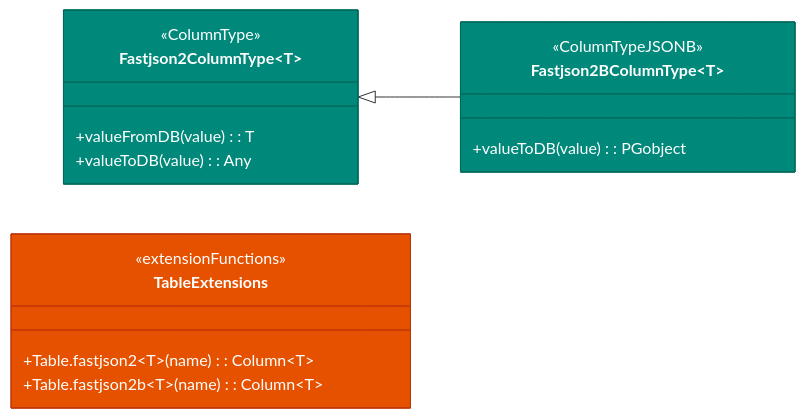
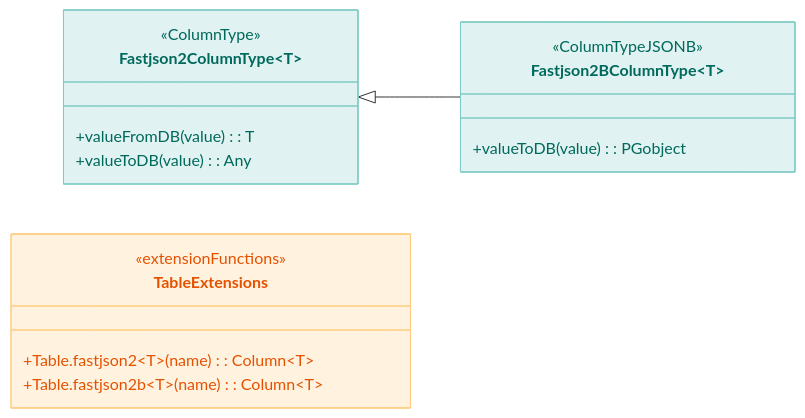
One commit to bluetape4k/bluetape4k-projects changed the first of 3 diagrams in data/exposed-fastjson2/README.md. Above: the diagram before and after it, drawn with Mermaid. The commit also changed other lines of this file and 219 other files, not shown here.

First line of the commit message:
docs: 전체 README Mermaid 다이어그램 가이드 적용

````diff
--- a/data/exposed-fastjson2/README.md
+++ b/data/exposed-fastjson2/README.md
@@ -125,23 +125,23 @@
 ```mermaid
 classDiagram
     direction LR
     class Fastjson2ColumnType~T~ {
         <<ColumnType>>
         +valueFromDB(value): T
         +valueToDB(value): Any
     }
     class Fastjson2BColumnType~T~ {
         <<ColumnTypeJSONB>>
         +valueToDB(value): PGobject
     }
     class TableExtensions {
         <<extensionFunctions>>
         +Table.fastjson2~T~(name): Column~T~
         +Table.fastjson2b~T~(name): Column~T~
     }
     Fastjson2ColumnType <|-- Fastjson2BColumnType
 
-    style Fastjson2ColumnType fill:#00897B,stroke:#00695C,color:#FFFFFF
-    style Fastjson2BColumnType fill:#00897B,stroke:#00695C,color:#FFFFFF
-    style TableExtensions fill:#E65100,stroke:#BF360C,color:#FFFFFF
+    style Fastjson2ColumnType fill:#E0F2F1,stroke:#80CBC4,color:#00695C
+    style Fastjson2BColumnType fill:#E0F2F1,stroke:#80CBC4,color:#00695C
+    style TableExtensions fill:#FFF3E0,stroke:#FFCC80,color:#E65100
 ```
````
